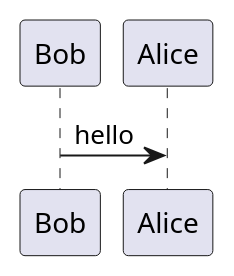
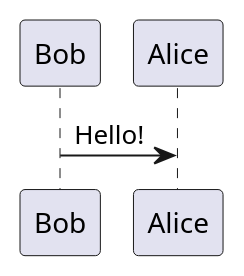
One commit to hamaluik/mdbook-puml changed the diagram in examples/src/chapter_1.md. Above: the diagram before and after it, drawn with PlantUML. The commit also changed other lines of this file and 4 other files, not shown here.

````diff
--- a/examples/src/chapter_1.md
+++ b/examples/src/chapter_1.md
@@ -3,7 +11,3 @@
 ```plantuml
-@startuml
-
-Bob->Alice : hello
-
-@enduml
+Bob -> Alice : Hello!
 ```
````
